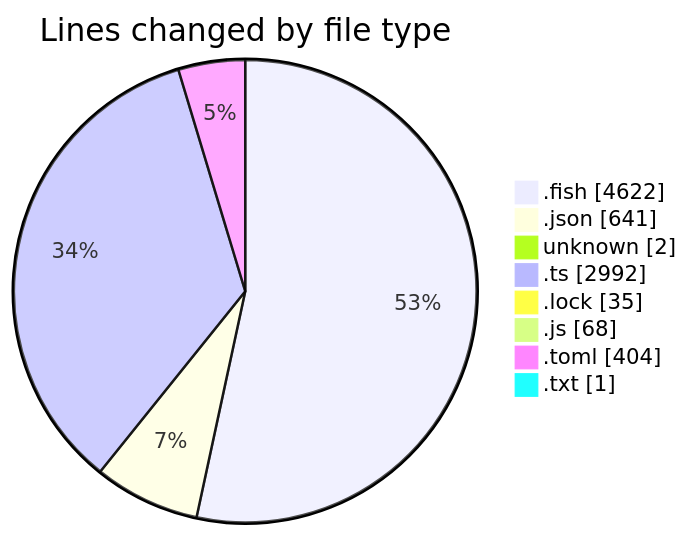
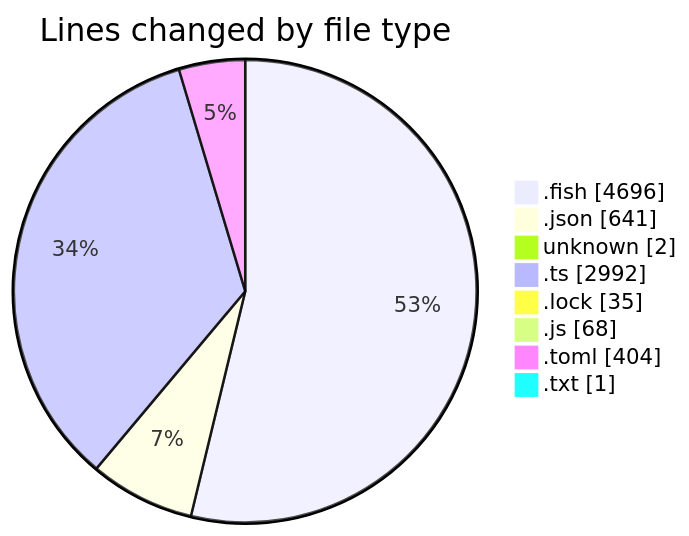
One commit to EIIisD/code-tracking changed the first of 2 diagrams in 2025-07-12/fish/README.md. Above: the diagram before and after it, drawn with Mermaid. The commit also changed other lines of this file and 1 other file, not shown here.

````diff
--- a/2025-07-12/fish/README.md
+++ b/2025-07-12/fish/README.md
@@ -204,12 +204,12 @@
 ```mermaid
 pie showData
 title Lines changed by file type
-".fish" : 4622
+".fish" : 4696
 ".json" : 641
 "unknown" : 2
 ".ts" : 2992
 ".lock" : 35
 ".js" : 68
 ".toml" : 404
 ".txt" : 1
 ```
````
